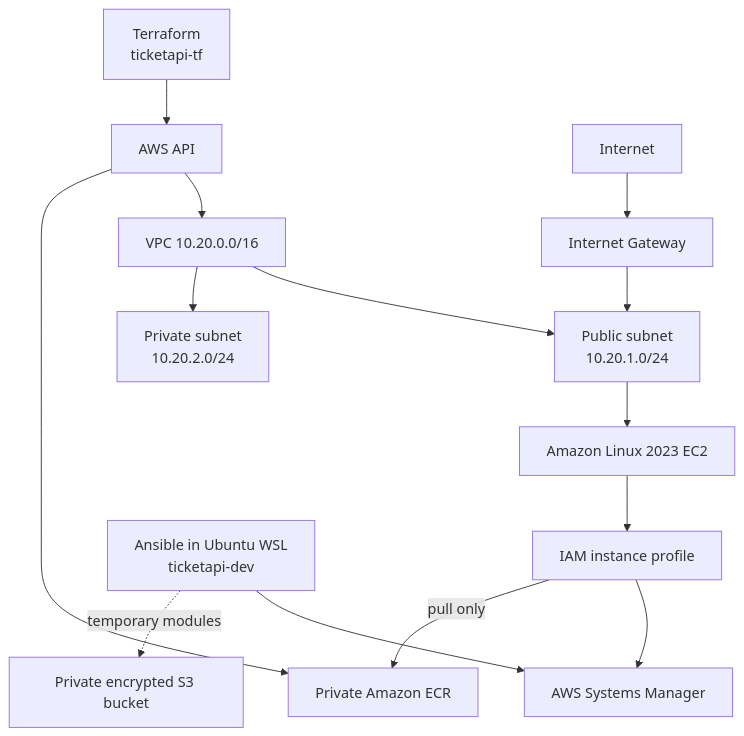
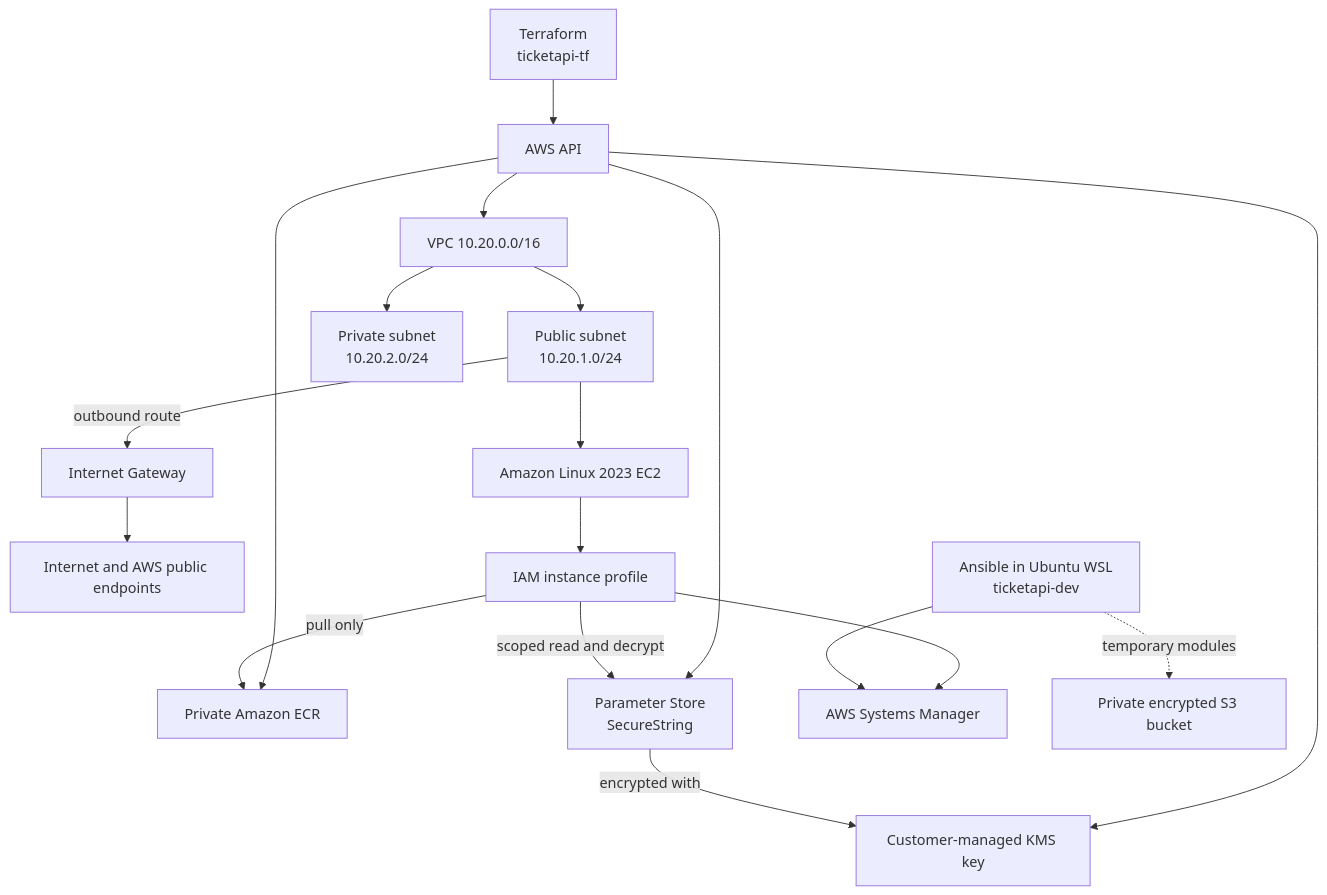
One commit to Orlando-Alvarez/Ticket-API changed the fourth of 5 diagrams in docs/architecture.md. Above: the diagram before and after it, drawn with Mermaid. The commit also changed other lines of this file and 6 other files, not shown here.

````diff
--- a/docs/architecture.md
+++ b/docs/architecture.md
@@ -179,16 +179,20 @@
 ```mermaid
 flowchart TB
     Terraform[Terraform<br/>ticketapi-tf] --> AWS[AWS API]
     AWS --> VPC[VPC 10.20.0.0/16]
     VPC --> Public[Public subnet<br/>10.20.1.0/24]
     VPC --> Private[Private subnet<br/>10.20.2.0/24]
-    Internet[Internet] --> IGW[Internet Gateway]
-    IGW --> Public
+    Public -->|outbound route| IGW[Internet Gateway]
+    IGW --> Internet[Internet and AWS public endpoints]
     Public --> EC2[Amazon Linux 2023 EC2]
     AWS --> ECR[Private Amazon ECR]
+    AWS --> Parameters[Parameter Store<br/>SecureString]
+    AWS --> KMS[Customer-managed KMS key]
+    Parameters -->|encrypted with| KMS
     EC2 --> Profile[IAM instance profile]
     Profile --> SSM[AWS Systems Manager]
     Profile -->|pull only| ECR
+    Profile -->|scoped read and decrypt| Parameters
     Ansible[Ansible in Ubuntu WSL<br/>ticketapi-dev] --> SSM
     Ansible -. temporary modules .-> S3[Private encrypted S3 bucket]
 ```
````
